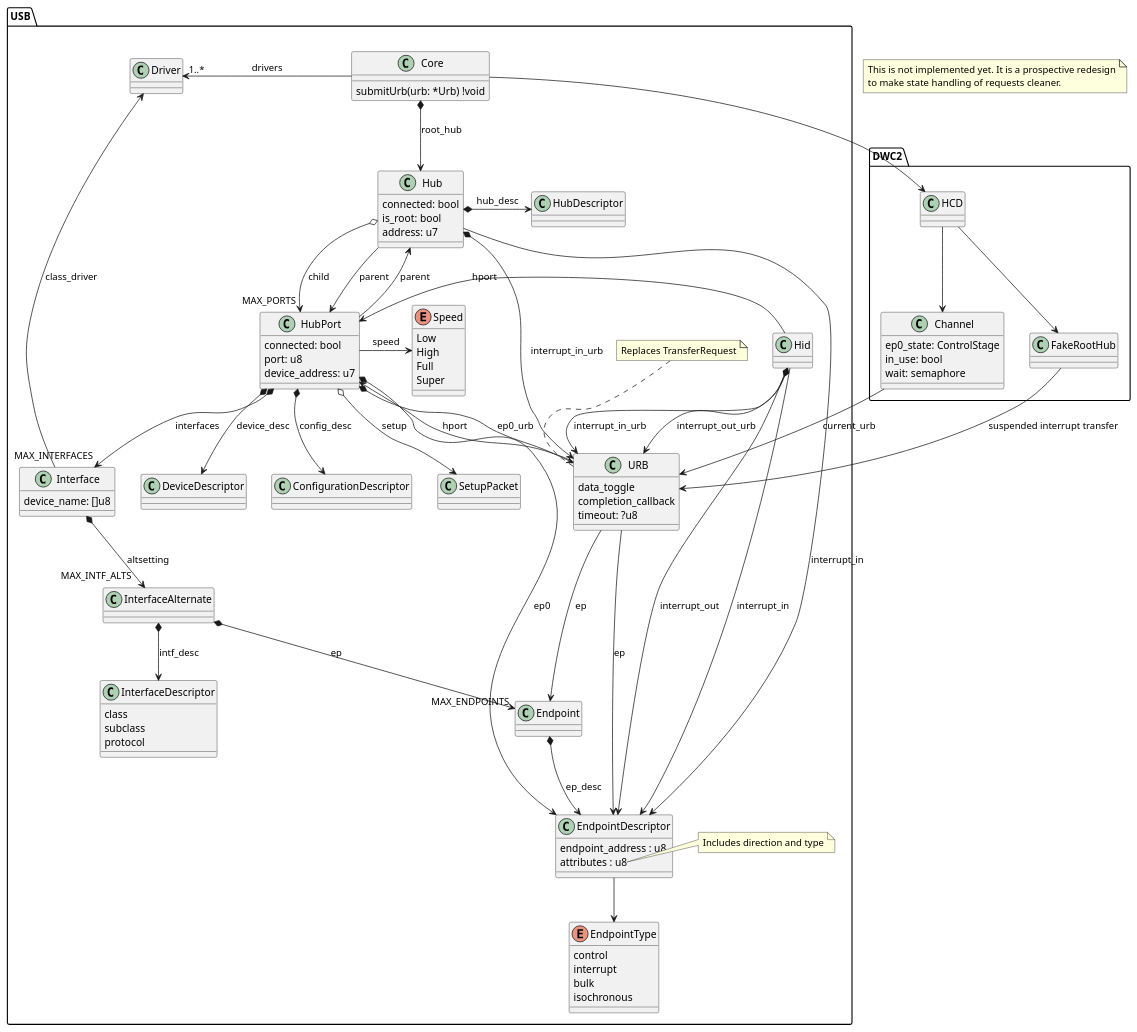
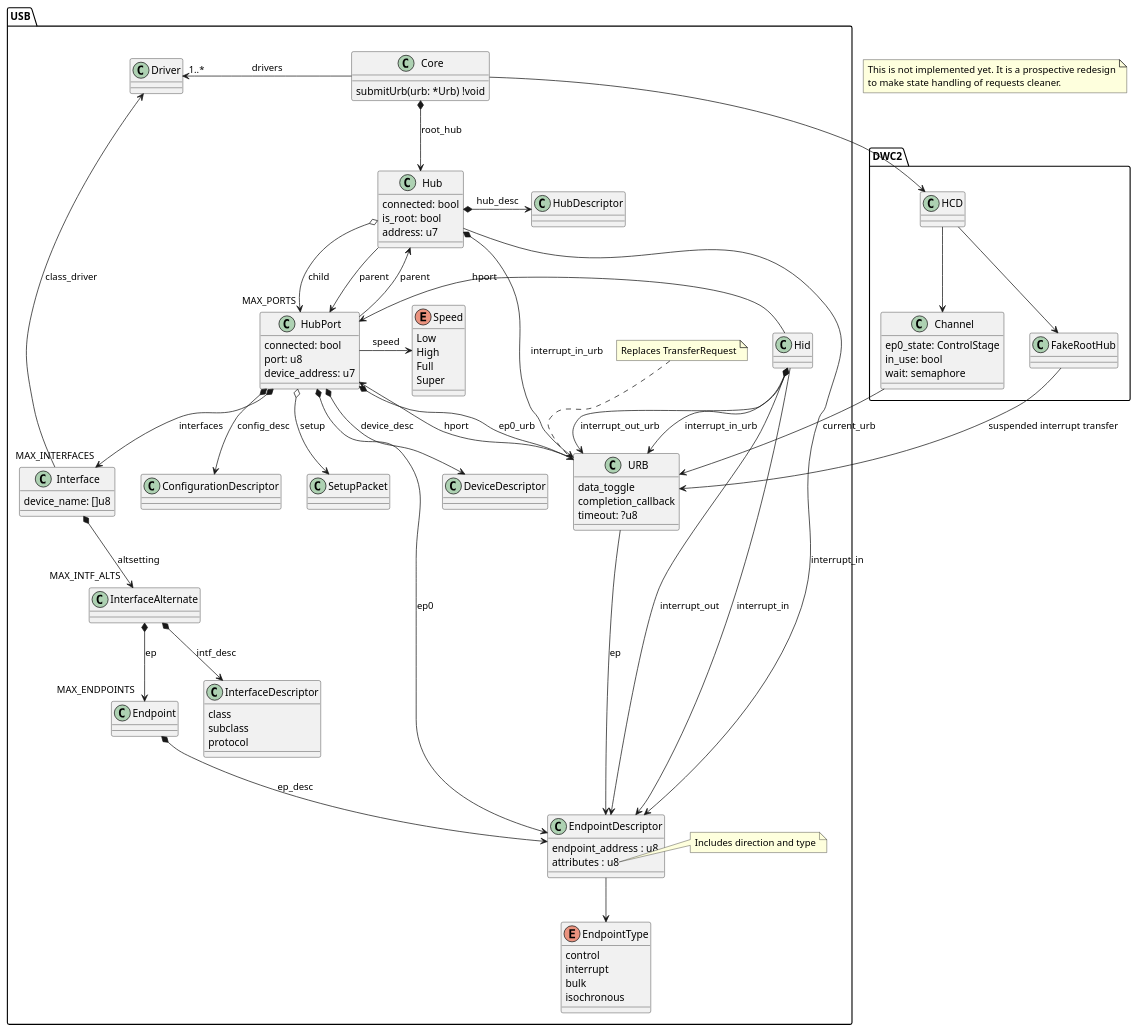
Before and after one commit to aapen/aapen: the diagram in doc/usb/new_data_model.plantuml, drawn with PlantUML. The commit also changed 1 other file, not shown here.

```diff
--- a/doc/usb/new_data_model.plantuml
+++ b/doc/usb/new_data_model.plantuml
@@ -1,136 +1,135 @@
 @startuml
 
 package DWC2 {
         class HCD {
         }
 
         class FakeRootHub {
         }
 
         class Channel {
                 ep0_state: ControlStage
                 in_use: bool
                 wait: semaphore
         }
 }
 
 package USB {
         class URB {
                 data_toggle
                 completion_callback
                 timeout: ?u8
         }
         note top: Replaces TransferRequest
         URB -u-> HubPort : hport
         URB -d-> EndpointDescriptor : ep
 
         class Endpoint {
         }
-        URB -d-> Endpoint : ep
         Endpoint *-d-> EndpointDescriptor : ep_desc
 
         class InterfaceAlternate {
         }
         InterfaceAlternate *-d-> InterfaceDescriptor : intf_desc
         InterfaceAlternate *-d-> "MAX_ENDPOINTS" Endpoint : ep
 
         class Interface {
                 device_name: []u8
         }
         Interface -u-> Driver : class_driver
         Interface *-d-> "MAX_INTF_ALTS" InterfaceAlternate : altsetting
         
         enum Speed {
                 Low
                 High
                 Full
                 Super
         }
 
         class Core {
                 submitUrb(urb: *Urb) !void
         }
         Core *-d-> Hub : root_hub
 
         class Hub {
                 connected: bool
                 is_root: bool
                 address: u7
         }
 
         Hub *-r-> HubDescriptor : hub_desc
         Hub o-d-> "MAX_PORTS" HubPort : child
         Hub -d-> HubPort : parent
         Hub -d-> EndpointDescriptor : interrupt_in
         Hub *-d-> URB: interrupt_in_urb
 
         class HubPort {
                 connected: bool
                 port: u8
                 device_address: u7
        }
 
         HubPort -r-> Speed : speed
         HubPort -u-> Hub : parent
         HubPort *-d-> DeviceDescriptor : device_desc
         HubPort *-d-> ConfigurationDescriptor : config_desc
         HubPort *-d-> "MAX_INTERFACES" Interface : interfaces
         HubPort o-d-> SetupPacket : setup
         HubPort *-d-> EndpointDescriptor : ep0
         HubPort *-d-> URB: ep0_urb
 
         class InterfaceDescriptor {
                 class
                 subclass
                 protocol
         }
 
         class Hid {
         }
         Hid -> HubPort : hport
         Hid -> EndpointDescriptor : interrupt_in
         Hid -> EndpointDescriptor : interrupt_out
         Hid *-> URB : interrupt_in_urb
         Hid *-> URB : interrupt_out_urb
 
         class EndpointDescriptor {
                 endpoint_address : u8
                 attributes : u8
         }
 
         enum EndpointType {
                 control
                 interrupt
                 bulk
                 isochronous
         }
         EndpointDescriptor -d-> EndpointType
 
         class Driver {
         }
 
         note left of HubPort::ep0_urb
         Pre-allocated URB for control transfers
         end note
 
         note right of EndpointDescriptor::attributes
         Includes direction and type
         end note
 }
 
 HCD -d-> FakeRootHub
 HCD -d-> Channel
 
 FakeRootHub --> URB : suspended interrupt transfer
 
 Core -r-> HCD
 Core -l-> "1..*" Driver : drivers
 
 Channel -l-> URB : current_urb
 
 note as N1
 This is not implemented yet. It is a prospective redesign
 to make state handling of requests cleaner.
 end note
 
 @enduml
```
